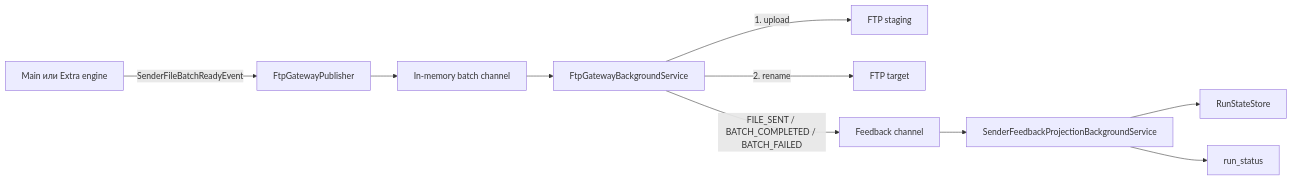
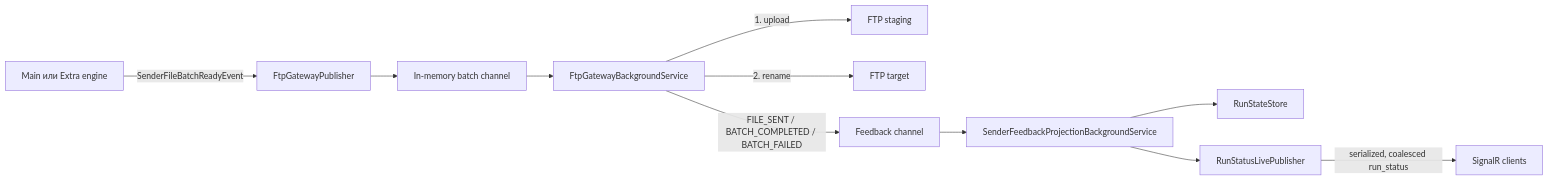
One commit to Dehydrohaloalkan/unload changed the fifth of 5 diagrams in docs/ARCHITECTURE.md. Above: the diagram before and after it, drawn with Mermaid. The commit also changed other lines of this file and 24 other files, not shown here.

Commit message:
feat: track sender files and coalesce live status

````diff
--- a/docs/ARCHITECTURE.md
+++ b/docs/ARCHITECTURE.md
@@ -405,12 +407,13 @@
 ```mermaid
 flowchart LR
     Engine[Main или Extra engine] -->|SenderFileBatchReadyEvent| Publisher[FtpGatewayPublisher]
     Publisher --> Queue[In-memory batch channel]
     Queue --> FtpWorker[FtpGatewayBackgroundService]
     FtpWorker -->|1. upload| Staging[FTP staging]
     FtpWorker -->|2. rename| Target[FTP target]
     FtpWorker -->|FILE_SENT / BATCH_COMPLETED / BATCH_FAILED| Feedback[Feedback channel]
     Feedback --> Projection[SenderFeedbackProjectionBackgroundService]
     Projection --> State[RunStateStore]
-    Projection --> SignalR[run_status]
+    Projection --> Live[RunStatusLivePublisher]
+    Live -->|serialized, coalesced run_status| SignalR[SignalR clients]
 ```
````
